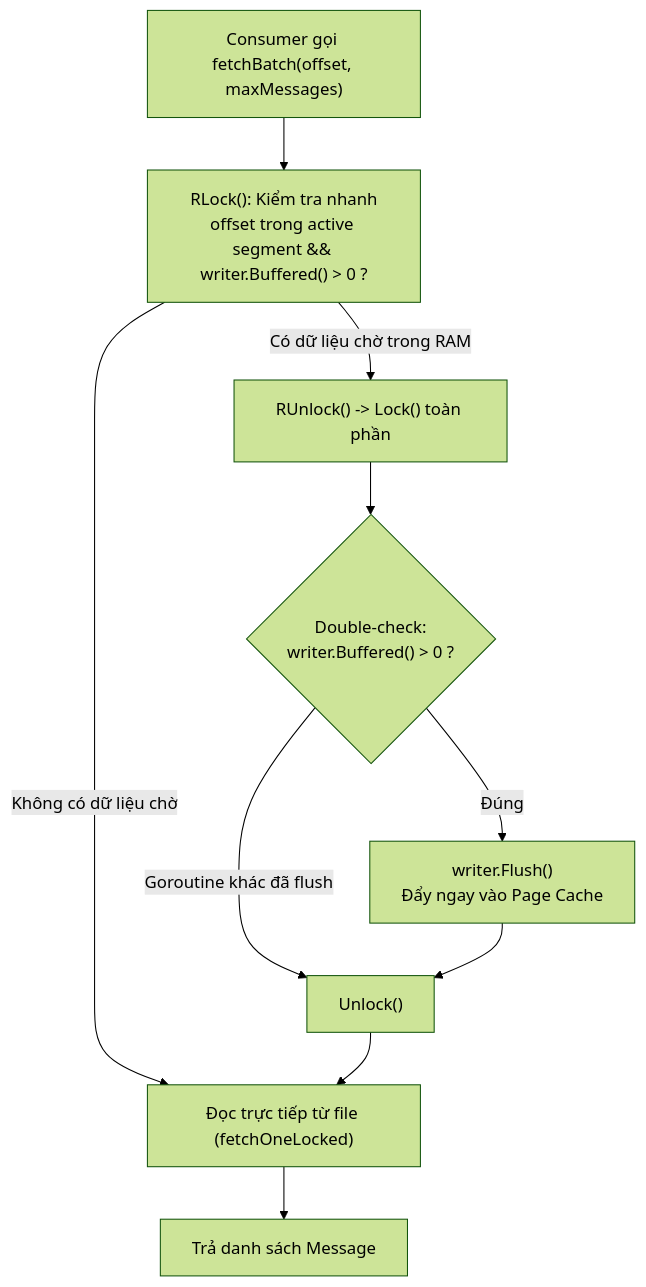
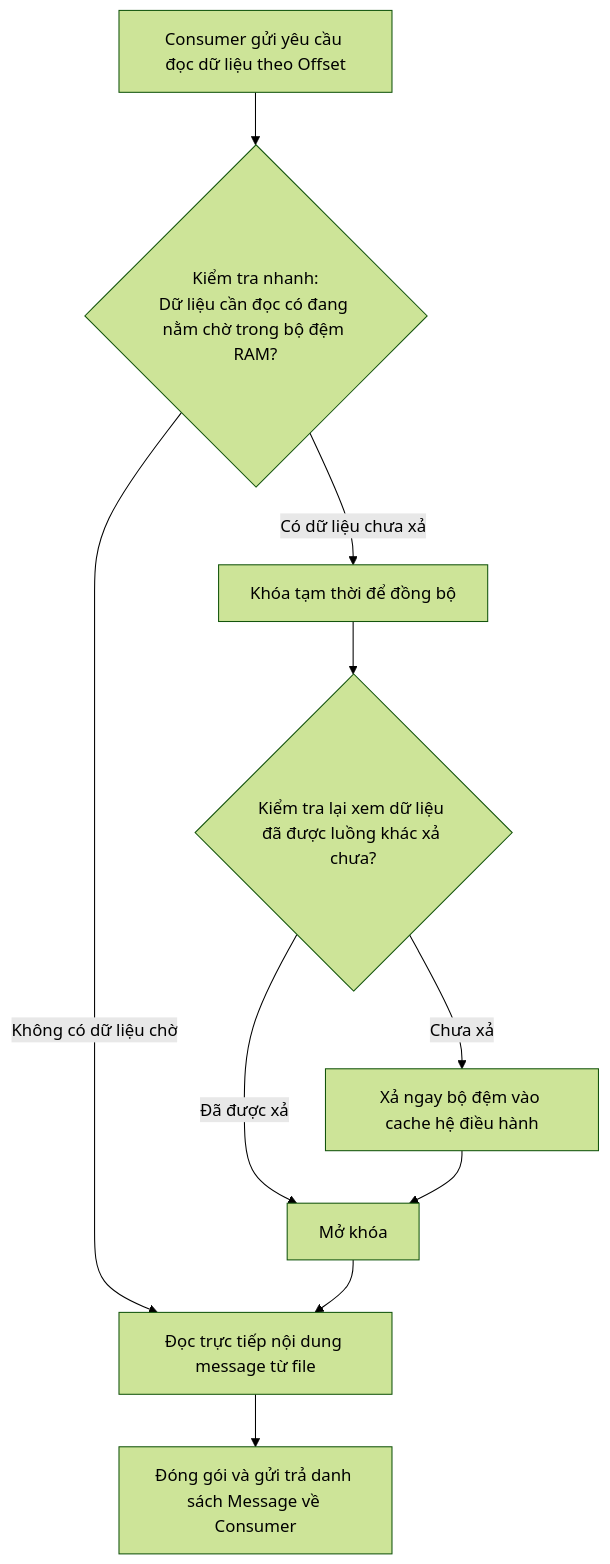
One commit to dykh061/Distributed_message_queue changed the sixth of 6 diagrams in README.md. Above: the diagram before and after it, drawn with Mermaid (forest theme). The commit also changed other lines of this file, not shown here.

````diff
--- a/README.md
+++ b/README.md
@@ -261,12 +273,12 @@
 ```mermaid
 flowchart TD
-    Req["Consumer gọi fetchBatch(offset, maxMessages)"] --> CheckLock["RLock(): Kiểm tra nhanh<br/>offset trong active segment && writer.Buffered() > 0 ?"]
-    CheckLock -- "Không có dữ liệu chờ" --> ReadDirect["Đọc trực tiếp từ file (fetchOneLocked)"]
-    CheckLock -- "Có dữ liệu chờ trong RAM" --> AcquireLock["RUnlock() -> Lock() toàn phần"]
-    AcquireLock --> ReCheck{"Double-check:<br/>writer.Buffered() > 0 ?"}
-    ReCheck -- "Đúng" --> DoFlush["writer.Flush()<br/>Đẩy ngay vào Page Cache"]
-    ReCheck -- "Goroutine khác đã flush" --> Unlock["Unlock()"]
-    DoFlush --> Unlock
-    Unlock --> ReadDirect
-    ReadDirect --> ReturnBatch["Trả danh sách Message"]
+    Req["Consumer gửi yêu cầu đọc dữ liệu theo Offset"] --> CheckBuffer{"Kiểm tra nhanh:<br/>Dữ liệu cần đọc có đang nằm chờ trong bộ đệm RAM?"}
+    CheckBuffer -- "Không có dữ liệu chờ" --> ReadFile["Đọc trực tiếp nội dung message từ file"]
+    CheckBuffer -- "Có dữ liệu chưa xả" --> LockWrite["Khóa tạm thời để đồng bộ"]
+    LockWrite --> ReCheck{"Kiểm tra lại xem dữ liệu đã được luồng khác xả chưa?"}
+    ReCheck -- "Chưa xả" --> Flush["Xả ngay bộ đệm vào cache hệ điều hành"]
+    ReCheck -- "Đã được xả" --> Unlock["Mở khóa"]
+    Flush --> Unlock
+    Unlock --> ReadFile
+    ReadFile --> ReturnBatch["Đóng gói và gửi trả danh sách Message về Consumer"]
 ```
````
